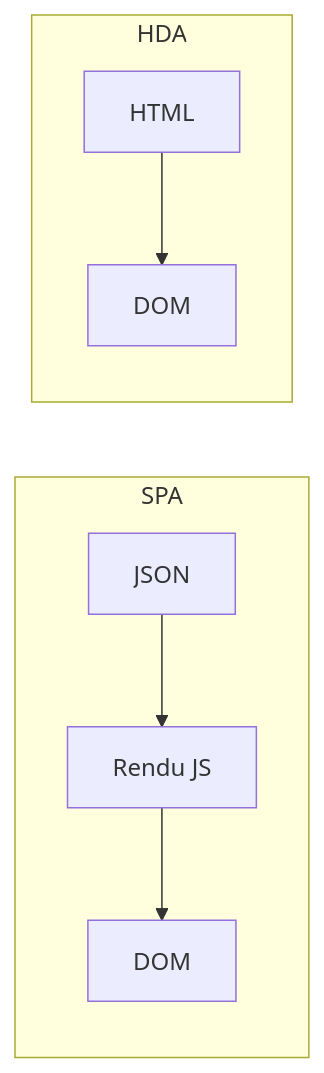
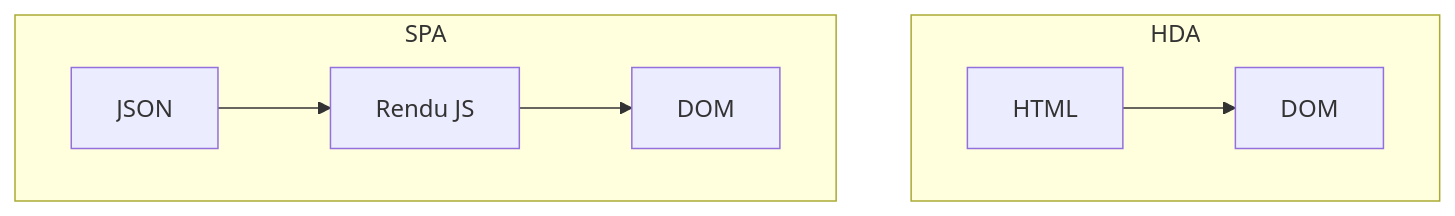
Before and after one commit to StephaneTrebel/htmx-de-maniere-simplix: the diagram in presentation/slides/40-conclusions.md, drawn with Mermaid. The commit also changed other lines of this file and 4 other files, not shown here.

````diff
--- a/presentation/slides/40-conclusions.md
+++ b/presentation/slides/40-conclusions.md
@@ -70,9 +70,9 @@
 ```mermaid
-graph LR
+graph TD
+    subgraph HDA
+        H["HTML"] --> D2["DOM"]
+    end
     subgraph SPA
         J["JSON"] --> R["Rendu JS"] --> D["DOM"]
     end
-    subgraph HDA
-        H["HTML"] --> D2["DOM"]
-    end
 ```
````
